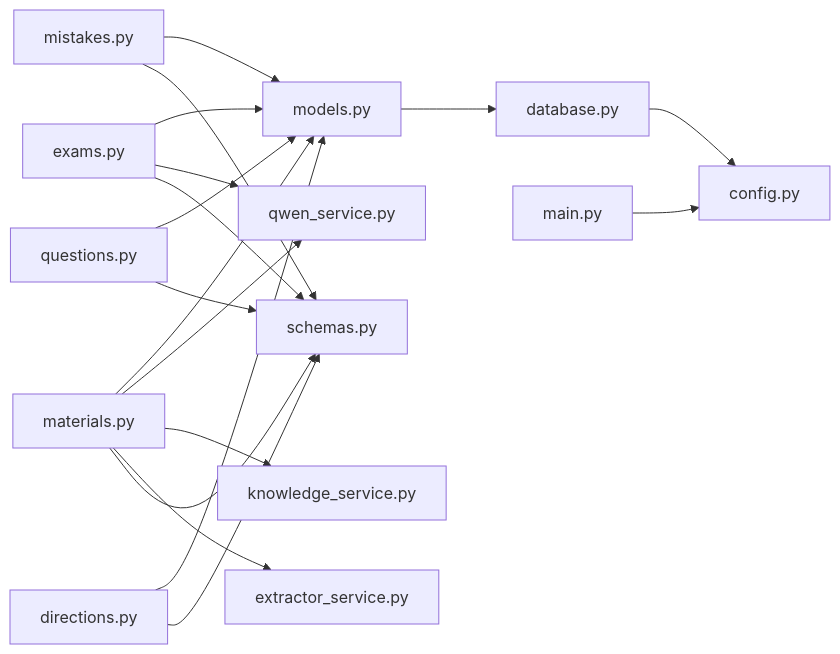
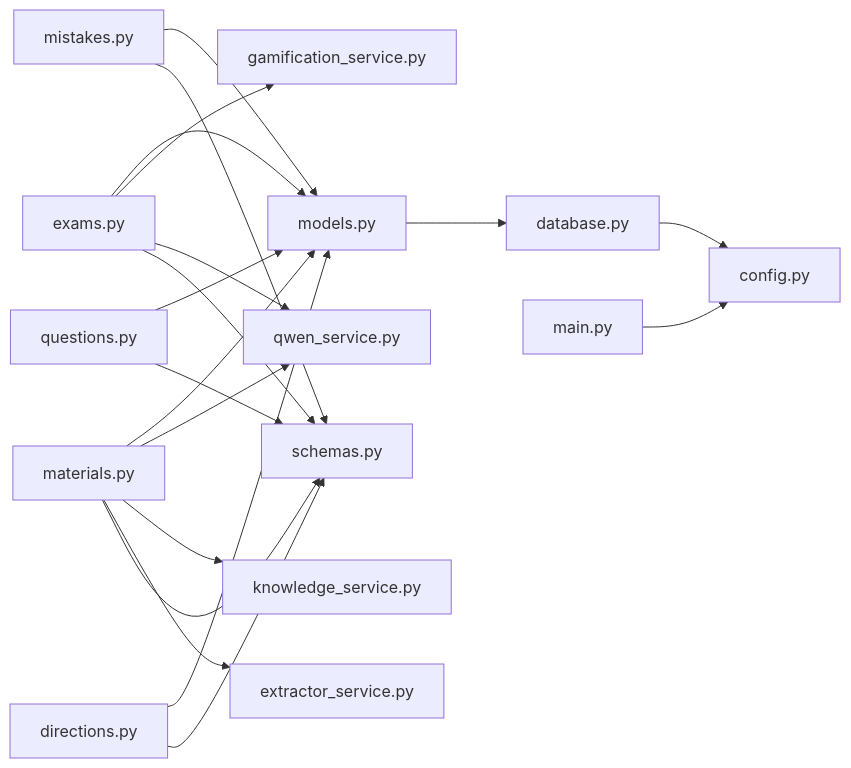
The seventh of 7 diagrams in .qoder/repowiki/zh/content/核心功能模块/错题管理系统.md (zhiwenli-jack/personal-learning-manager), drawn with Mermaid before and after one commit. The commit also changed other lines of this file and 12 other files, not shown here.

````diff
--- a/.qoder/repowiki/zh/content/核心功能模块/错题管理系统.md
+++ b/.qoder/repowiki/zh/content/核心功能模块/错题管理系统.md
@@ -317,20 +338,21 @@
 ```mermaid
 graph LR
 API_Mistakes["mistakes.py"] --> Models["models.py"]
 API_Exams["exams.py"] --> Models
+API_Exams --> GFSvc["gamification_service.py"]
 API_Questions["questions.py"] --> Models
 API_Materials["materials.py"] --> Models
 API_Directions["directions.py"] --> Models
 API_Exams --> QwenSvc["qwen_service.py"]
 API_Materials --> QwenSvc
 API_Materials --> KNSvc["knowledge_service.py"]
 API_Materials --> EXTSvc["extractor_service.py"]
 Models --> DB["database.py"]
 API_Mistakes --> Schemas["schemas.py"]
 API_Exams --> Schemas
 API_Questions --> Schemas
 API_Materials --> Schemas
 API_Directions --> Schemas
 API_Main["main.py"] --> CFG["config.py"]
 DB --> CFG
 ```
````
